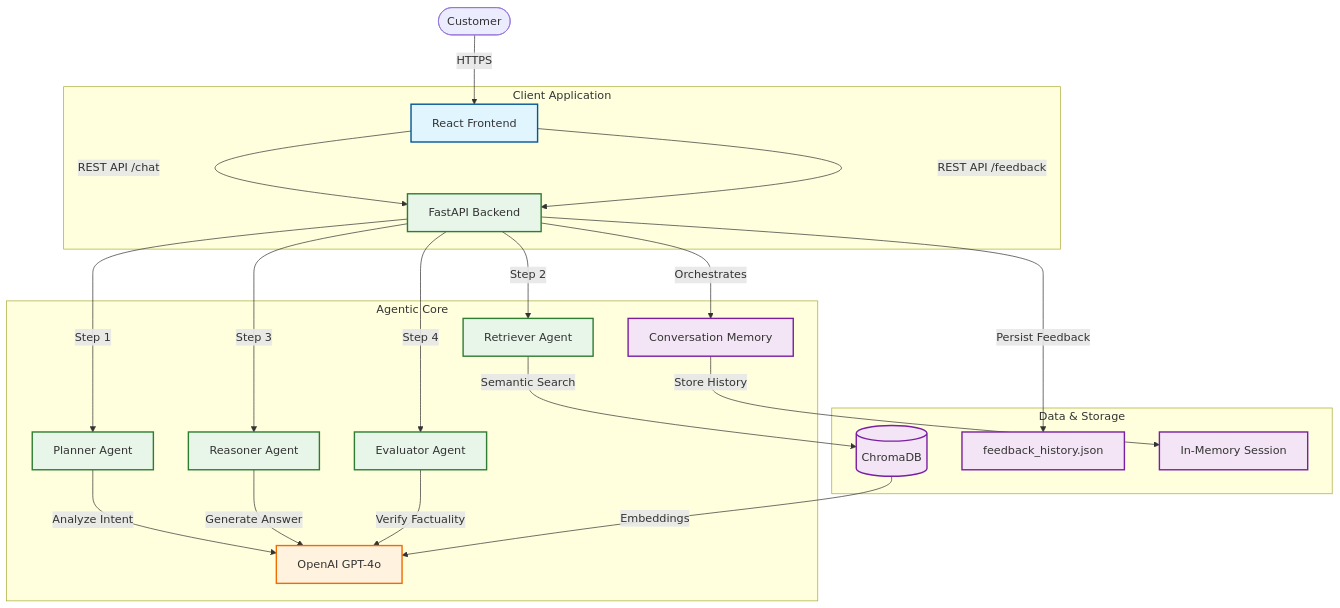
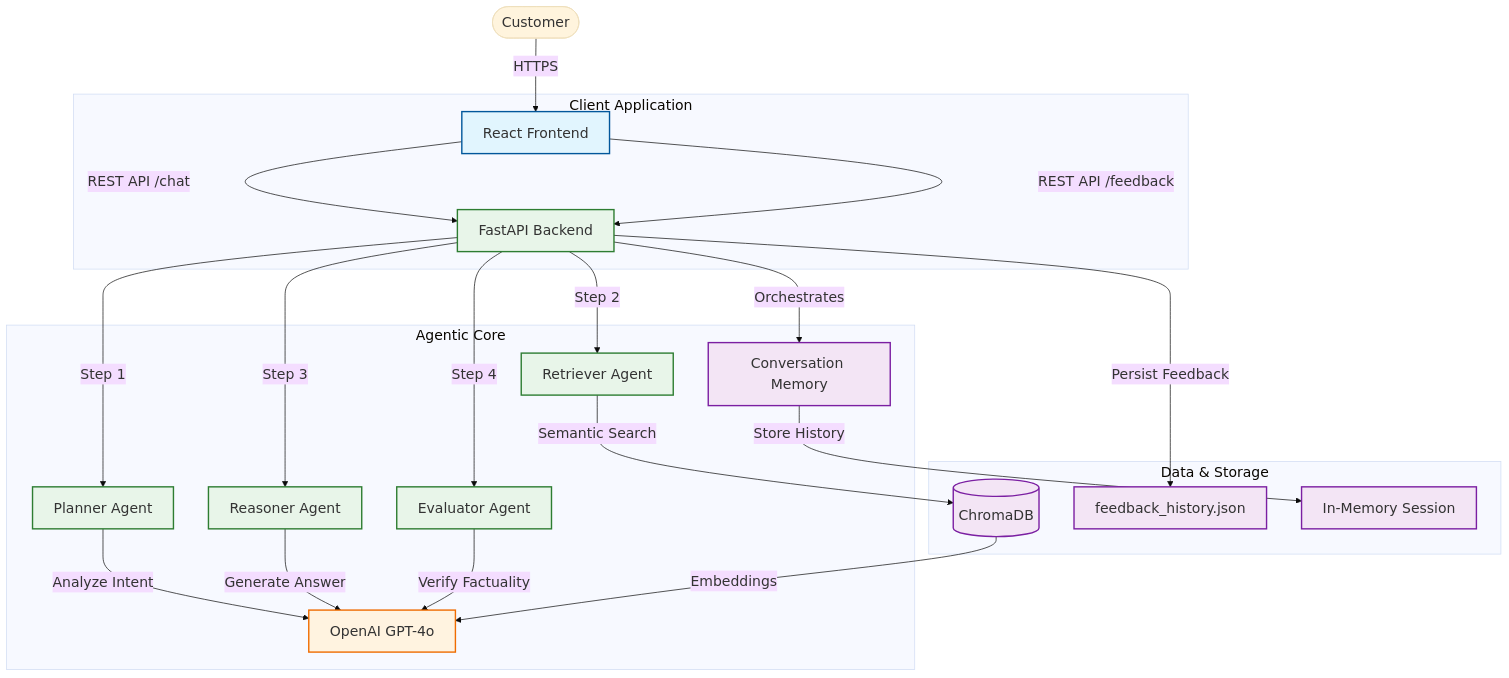
One commit to tanvitiwari2004/ba-agentic-chatbot changed the diagram in system_architecture.md. Above: the diagram before and after it, drawn with Mermaid.

Commit message:
Update high-level architecture diagram styling

````diff
--- a/system_architecture.md
+++ b/system_architecture.md
@@ -8,44 +8,45 @@
 ```mermaid
+%%{init: {'theme': 'base', 'themeVariables': { 'fontSize': '20px', 'fontFamily': 'arial'}}}%%
 graph TD
     %% Styling
     classDef frontend fill:#E1F5FE,stroke:#01579B,stroke-width:2px;
     classDef backend fill:#E8F5E9,stroke:#2E7D32,stroke-width:2px;
     classDef external fill:#FFF3E0,stroke:#EF6C00,stroke-width:2px;
     classDef storage fill:#F3E5F5,stroke:#7B1FA2,stroke-width:2px;
 
     %% User Interaction
     User([Customer]) -->|HTTPS| Frontend[React Frontend];
     
     %% Frontend
     subgraph Client Application
         Frontend -->|REST API /chat| API[FastAPI Backend];
         Frontend -->|REST API /feedback| API;
     end
 
     %% Backend Agents
     subgraph Agentic Core
         API -->|Orchestrates| Memory[Conversation Memory];
         API -->|Step 1| Planner[Planner Agent];
         API -->|Step 2| Retriever[Retriever Agent];
         API -->|Step 3| Reasoner[Reasoner Agent];
         API -->|Step 4| Evaluator[Evaluator Agent];
         
         Planner -->|Analyze Intent| OpenAI[OpenAI GPT-4o];
         Reasoner -->|Generate Answer| OpenAI;
         Evaluator -->|Verify Factuality| OpenAI;
     end
 
     %% Data Layer
     subgraph Data & Storage
         Retriever -->|Semantic Search| VectorStore[(ChromaDB)];
         VectorStore -->|Embeddings| OpenAI;
         API -->|Persist Feedback| FeedbackLog[feedback_history.json];
         Memory -->|Store History| InMemory[In-Memory Session];
     end
 
     %% Class Assignment
     class Frontend frontend;
     class API,Planner,Retriever,Reasoner,Evaluator backend;
     class OpenAI external;
     class VectorStore,FeedbackLog,Memory,InMemory storage;
 ```
````
